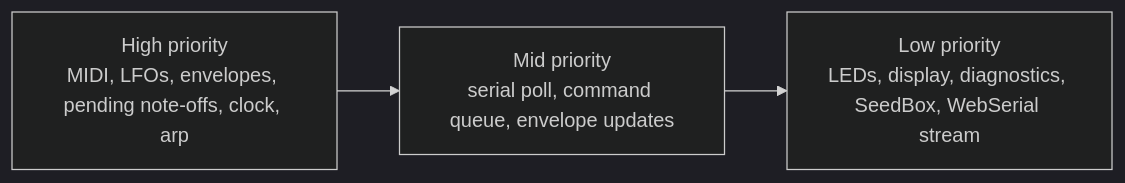
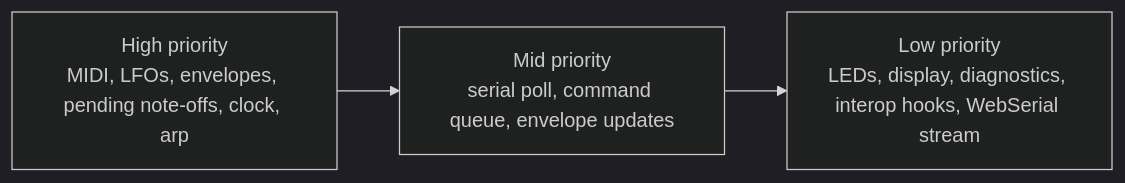
The second of 3 diagrams in docs/FirmwareArchitecture.md (bseverns/MOARkNOBS-42), drawn with Mermaid (dark theme) before and after one commit. The commit also changed other lines of this file and 6 other files, not shown here.

````diff
--- a/docs/FirmwareArchitecture.md
+++ b/docs/FirmwareArchitecture.md
@@ -42,5 +42,5 @@
 ```mermaid
 flowchart LR
   H[High priority<br>MIDI, LFOs, envelopes, pending note-offs, clock, arp] --> M[Mid priority<br>serial poll, command queue, envelope updates]
-  M --> L[Low priority<br>LEDs, display, diagnostics, SeedBox, WebSerial stream]
+  M --> L[Low priority<br>LEDs, display, diagnostics, interop hooks, WebSerial stream]
 ```
````
